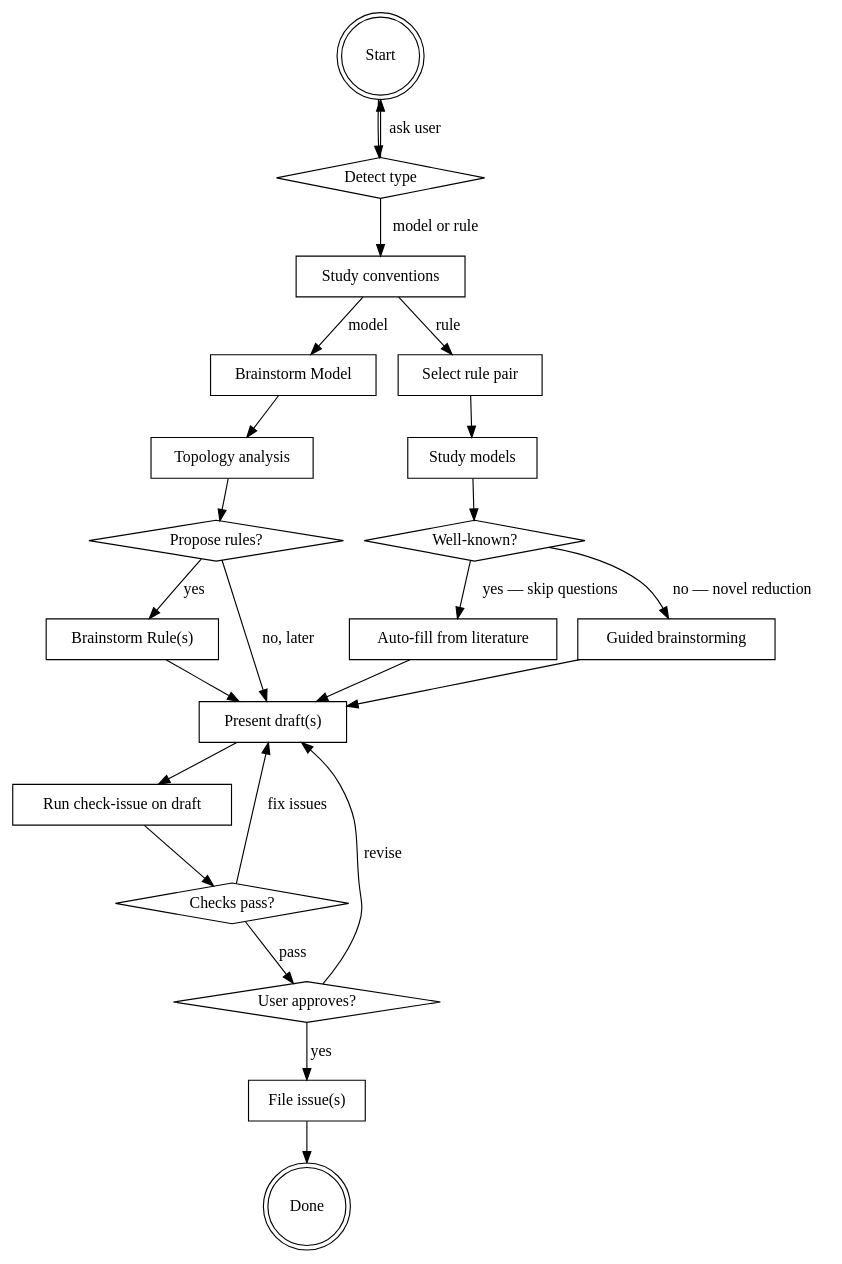
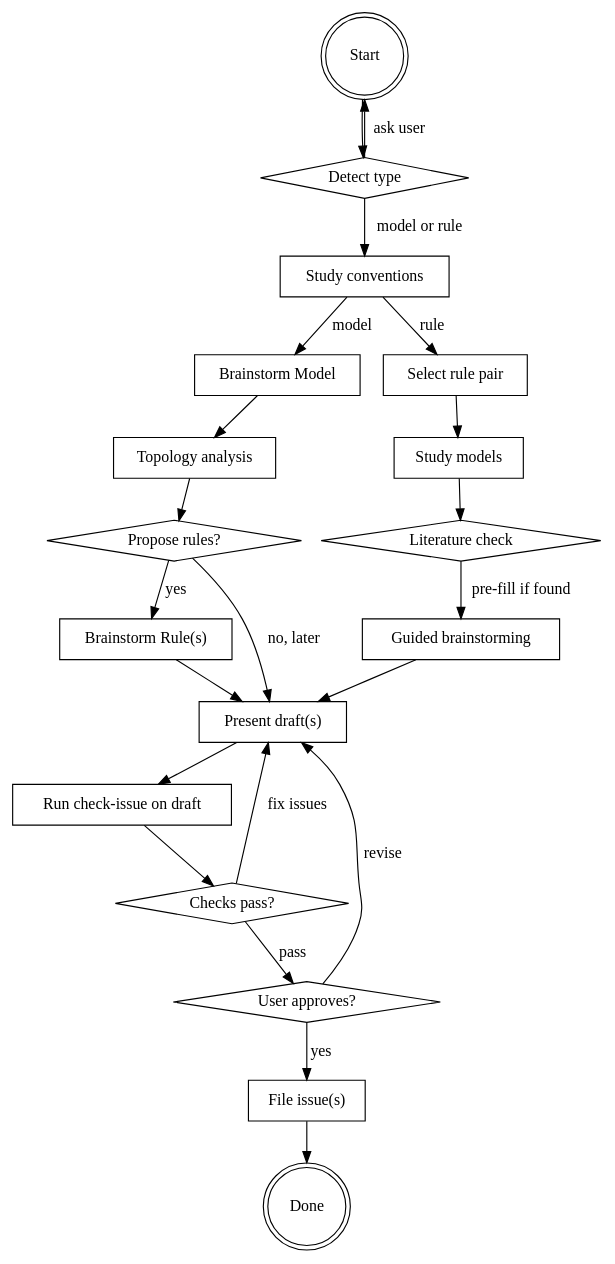
The diagram in .claude/skills/propose/SKILL.md (zazabap/problem-reductions), drawn with Graphviz before and after one commit. The commit also changed other lines of this file and 6 other files, not shown here.

````diff
--- a/.claude/skills/propose/SKILL.md
+++ b/.claude/skills/propose/SKILL.md
@@ -27,48 +27,45 @@
 ```dot
 digraph propose {
     rankdir=TB;
     "Start" [shape=doublecircle];
     "Detect type" [shape=diamond];
     "Brainstorm Model" [shape=box];
     "Topology analysis" [shape=box];
     "Propose rules?" [shape=diamond];
     "Brainstorm Rule(s)" [shape=box];
     "Select rule pair" [shape=box];
     "Study models" [shape=box];
-    "Well-known?" [shape=diamond];
-    "Auto-fill from literature" [shape=box];
+    "Literature check" [shape=diamond];
     "Guided brainstorming" [shape=box];
     "Present draft(s)" [shape=box];
     "Run check-issue on draft" [shape=box];
     "Checks pass?" [shape=diamond];
     "User approves?" [shape=diamond];
     "File issue(s)" [shape=box];
     "Done" [shape=doublecircle];
 
     "Study conventions" [shape=box];
 
     "Start" -> "Detect type";
     "Detect type" -> "Study conventions" [label="model or rule"];
     "Detect type" -> "Start" [label="ask user"];
     "Study conventions" -> "Brainstorm Model" [label="model"];
     "Study conventions" -> "Select rule pair" [label="rule"];
     "Select rule pair" -> "Study models";
-    "Study models" -> "Well-known?";
-    "Well-known?" -> "Auto-fill from literature" [label="yes — skip questions"];
-    "Well-known?" -> "Guided brainstorming" [label="no — novel reduction"];
-    "Auto-fill from literature" -> "Present draft(s)";
+    "Study models" -> "Literature check";
+    "Literature check" -> "Guided brainstorming" [label="pre-fill if found"];
     "Guided brainstorming" -> "Present draft(s)";
     "Brainstorm Model" -> "Topology analysis";
     "Topology analysis" -> "Propose rules?";
     "Propose rules?" -> "Brainstorm Rule(s)" [label="yes"];
     "Propose rules?" -> "Present draft(s)" [label="no, later"];
     "Brainstorm Rule(s)" -> "Present draft(s)";
     "Present draft(s)" -> "Run check-issue on draft";
     "Run check-issue on draft" -> "Checks pass?";
     "Checks pass?" -> "Present draft(s)" [label="fix issues"];
     "Checks pass?" -> "User approves?" [label="pass"];
     "User approves?" -> "Present draft(s)" [label="revise"];
     "User approves?" -> "File issue(s)" [label="yes"];
     "File issue(s)" -> "Done";
 }
 ```
````
